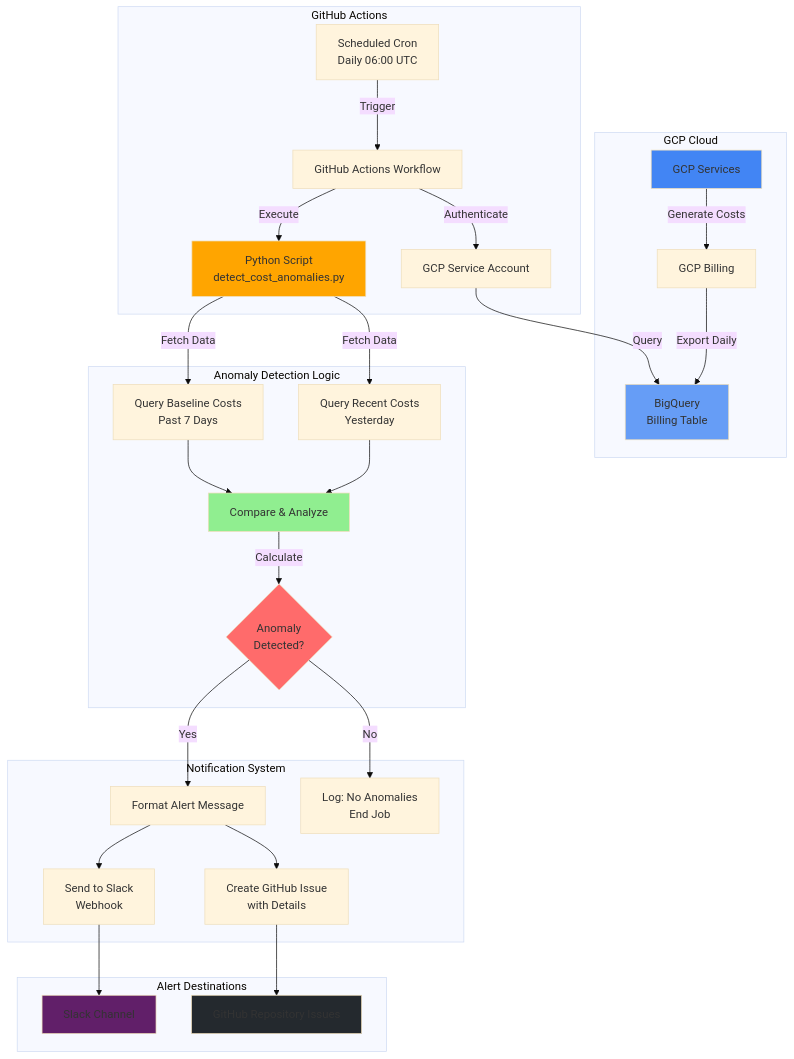
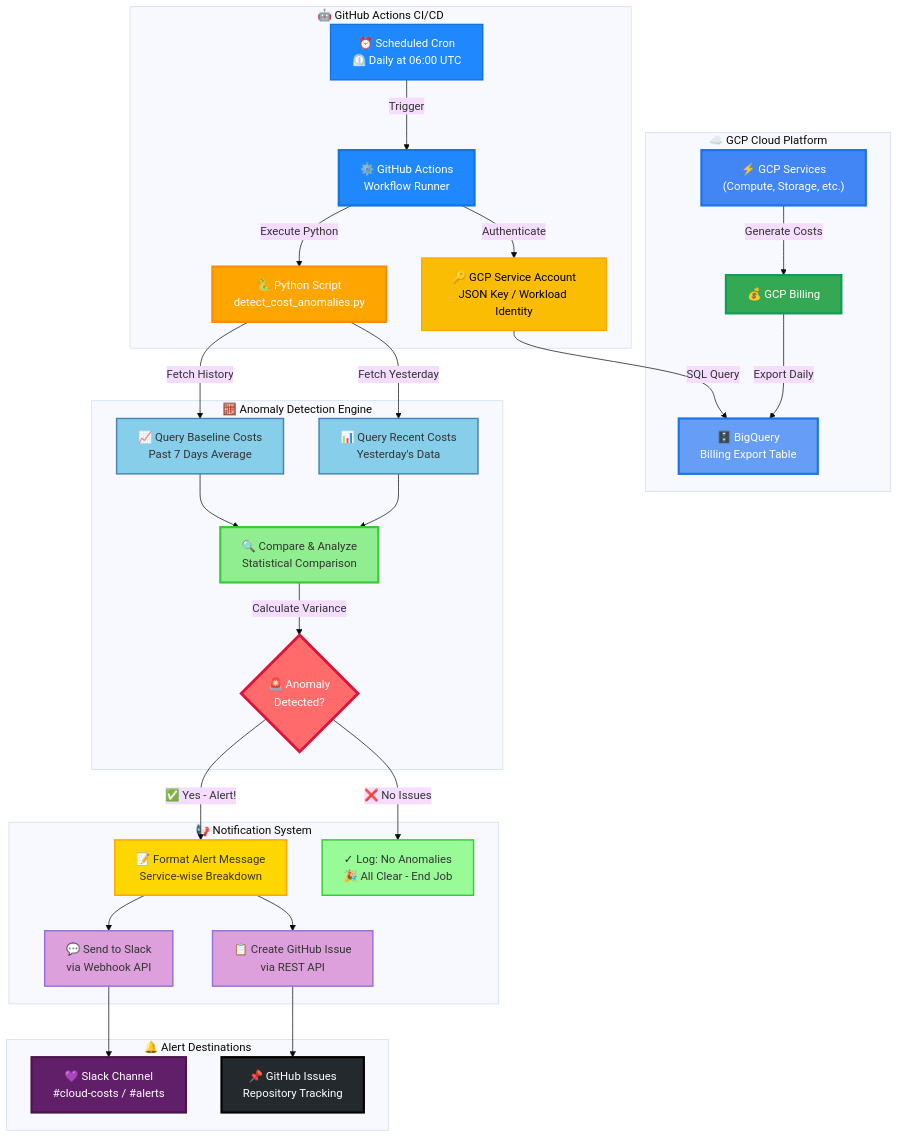
The diagram in README.md (bikram-singh/Automated-GCP-Cost-Anomaly-Report), drawn with Mermaid (base theme) before and after one commit.

Commit message:
Update readme file

````diff
--- a/README.md
+++ b/README.md
@@ -43,42 +43,52 @@
 ```mermaid
 graph TB
-    subgraph "GCP Cloud"
-        A[GCP Services] -->|Generate Costs| B[GCP Billing]
-        B -->|Export Daily| C[BigQuery<br/>Billing Table]
+    subgraph "☁️ GCP Cloud Platform"
+        A["⚡ GCP Services<br/>(Compute, Storage, etc.)"] -->|Generate Costs| B["💰 GCP Billing"]
+        B -->|Export Daily| C["🗄️ BigQuery<br/>Billing Export Table"]
     end
     
-    subgraph "GitHub Actions"
-        D[Scheduled Cron<br/>Daily 06:00 UTC] -->|Trigger| E[GitHub Actions Workflow]
-        E -->|Authenticate| F[GCP Service Account]
-        F -->|Query| C
-        E -->|Execute| G[Python Script<br/>detect_cost_anomalies.py]
+    subgraph "🤖 GitHub Actions CI/CD"
+        D["⏰ Scheduled Cron<br/>⏲️ Daily at 06:00 UTC"] -->|Trigger| E["⚙️ GitHub Actions<br/>Workflow Runner"]
+        E -->|Authenticate| F["🔑 GCP Service Account<br/>JSON Key / Workload Identity"]
+        F -->|SQL Query| C
+        E -->|Execute Python| G["🐍 Python Script<br/>detect_cost_anomalies.py"]
     end
     
-    subgraph "Anomaly Detection Logic"
-        G -->|Fetch Data| H[Query Recent Costs<br/>Yesterday]
-        G -->|Fetch Data| I[Query Baseline Costs<br/>Past 7 Days]
-        H --> J[Compare & Analyze]
+    subgraph "🧮 Anomaly Detection Engine"
+        G -->|Fetch Yesterday| H["📊 Query Recent Costs<br/>Yesterday's Data"]
+        G -->|Fetch History| I["📈 Query Baseline Costs<br/>Past 7 Days Average"]
+        H --> J["🔍 Compare & Analyze<br/>Statistical Comparison"]
         I --> J
-        J -->|Calculate| K{Anomaly<br/>Detected?}
+        J -->|Calculate Variance| K{"🚨 Anomaly<br/>Detected?"}
     end
     
-    subgraph "Notification System"
-        K -->|Yes| L[Format Alert Message]
-        L --> M[Send to Slack<br/>Webhook]
-        L --> N[Create GitHub Issue<br/>with Details]
-        K -->|No| O[Log: No Anomalies<br/>End Job]
+    subgraph "📢 Notification System"
+        K -->|✅ Yes - Alert!| L["📝 Format Alert Message<br/>Service-wise Breakdown"]
+        L --> M["💬 Send to Slack<br/>via Webhook API"]
+        L --> N["📋 Create GitHub Issue<br/>via REST API"]
+        K -->|❌ No Issues| O["✓ Log: No Anomalies<br/>🎉 All Clear - End Job"]
     end
     
-    subgraph "Alert Destinations"
-        M --> P[Slack Channel]
-        N --> Q[GitHub Repository Issues]
+    subgraph "🔔 Alert Destinations"
+        M --> P["💜 Slack Channel<br/>#cloud-costs / #alerts"]
+        N --> Q["📌 GitHub Issues<br/>Repository Tracking"]
     end
     
-    style A fill:#4285F4
-    style C fill:#669DF6
-    style G fill:#FFA500
-    style K fill:#FF6B6B
-    style P fill:#611F69
-    style Q fill:#24292E
-    style J fill:#90EE90
+    style A fill:#4285F4,stroke:#1a73e8,stroke-width:3px,color:#fff
+    style B fill:#34A853,stroke:#0f9d58,stroke-width:3px,color:#fff
+    style C fill:#669DF6,stroke:#1a73e8,stroke-width:3px,color:#fff
+    style D fill:#2088FF,stroke:#1074d8,stroke-width:2px,color:#fff
+    style E fill:#2088FF,stroke:#1074d8,stroke-width:3px,color:#fff
+    style F fill:#FBBC04,stroke:#f9ab00,stroke-width:2px,color:#000
+    style G fill:#FFA500,stroke:#ff8c00,stroke-width:3px,color:#fff
+    style H fill:#87CEEB,stroke:#4682b4,stroke-width:2px
+    style I fill:#87CEEB,stroke:#4682b4,stroke-width:2px
+    style J fill:#90EE90,stroke:#32CD32,stroke-width:3px
+    style K fill:#FF6B6B,stroke:#dc143c,stroke-width:4px,color:#fff
+    style L fill:#FFD700,stroke:#ffa500,stroke-width:2px
+    style M fill:#DDA0DD,stroke:#9370db,stroke-width:2px
+    style N fill:#DDA0DD,stroke:#9370db,stroke-width:2px
+    style O fill:#98FB98,stroke:#32CD32,stroke-width:2px
+    style P fill:#611F69,stroke:#4a154b,stroke-width:3px,color:#fff
+    style Q fill:#24292E,stroke:#000,stroke-width:3px,color:#fff
 ```
````
